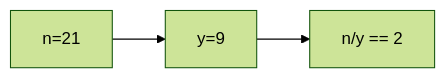
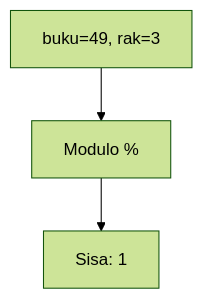
One commit to amnahwaida/OSNK_INF_PREP changed the fifth of 25 diagrams in part-c-pemahaman-cpp/01-tipe-data/latihan/set-05.md. Above: the diagram before and after it, drawn with Mermaid (forest theme). The commit also changed other lines of this file and 71 other files, not shown here.

````diff
--- a/part-c-pemahaman-cpp/01-tipe-data/latihan/set-05.md
+++ b/part-c-pemahaman-cpp/01-tipe-data/latihan/set-05.md
@@ -103,5 +137,5 @@
 ```mermaid
-graph LR
-A["n=21"] --> B["y=9"]
-B --> C["n/y == 2"]
+graph TD
+A["buku=49, rak=3"] --> B["Modulo %"]
+B --> C["Sisa: 1"]
 ```
````
